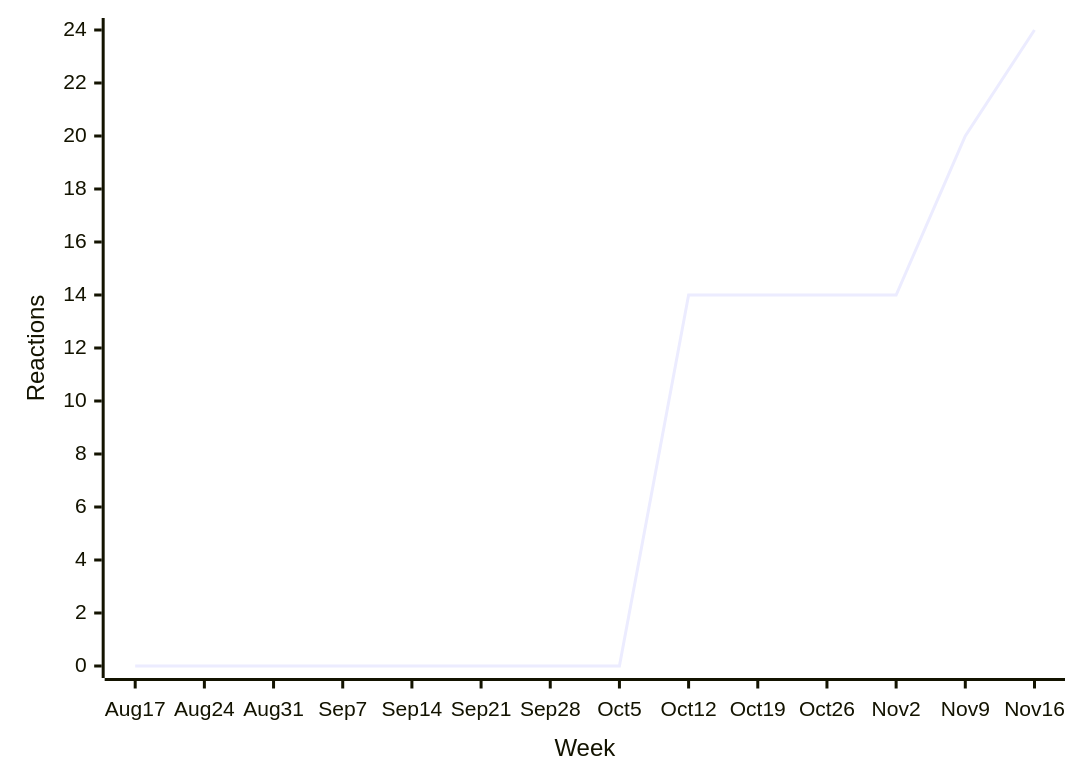
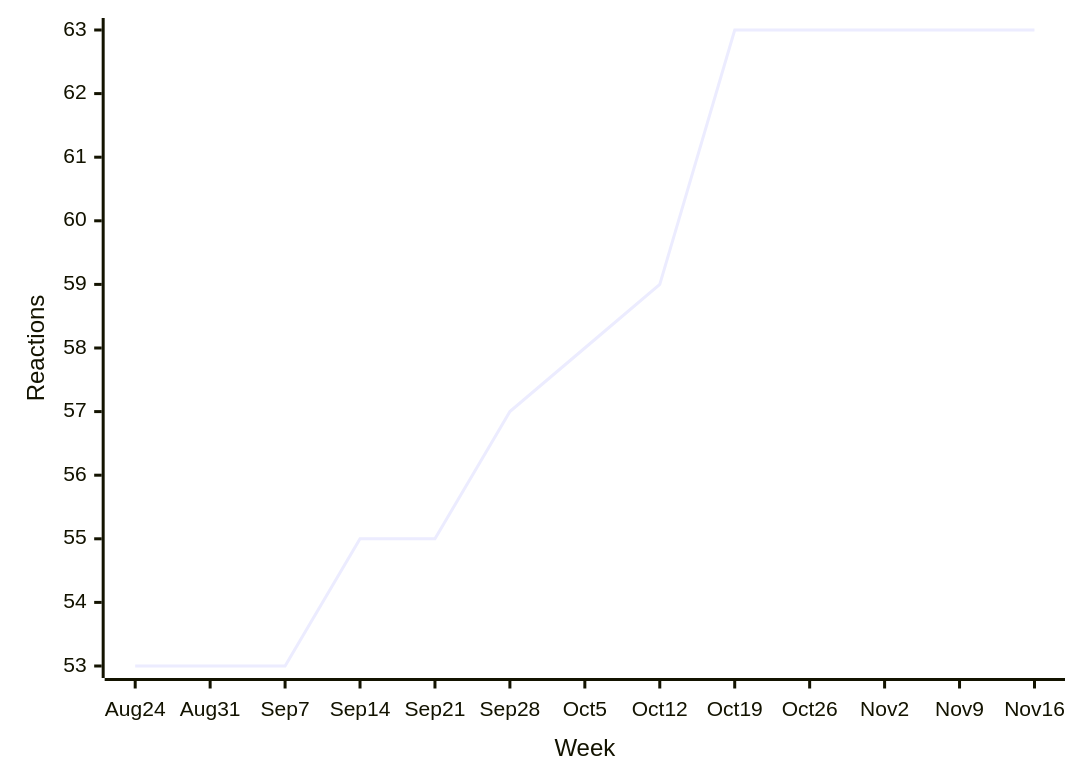
One commit to loic-sharma/github-insights changed diagram 12 of 31 in README.md. Above: the diagram before and after it, drawn with Mermaid. The commit also changed other lines of this file and 3 other files, not shown here.

````diff
--- a/README.md
+++ b/README.md
@@ -511,6 +511,6 @@
   ```mermaid
   xychart-beta
-    x-axis "Week" [Aug 17, Aug 24, Aug 31, Sep 7, Sep 14, Sep 21, Sep 28, Oct 5, Oct 12, Oct 19, Oct 26, Nov 2, Nov 9, Nov 16]
+    x-axis "Week" [Aug 24, Aug 31, Sep 7, Sep 14, Sep 21, Sep 28, Oct 5, Oct 12, Oct 19, Oct 26, Nov 2, Nov 9, Nov 16]
     y-axis "Reactions"
-    line [0, 0, 0, 0, 0, 0, 0, 0, 14, 14, 14, 14, 20, 24]
+    line [53, 53, 53, 55, 55, 57, 58, 59, 63, 63, 63, 63, 63]
   ```
````
